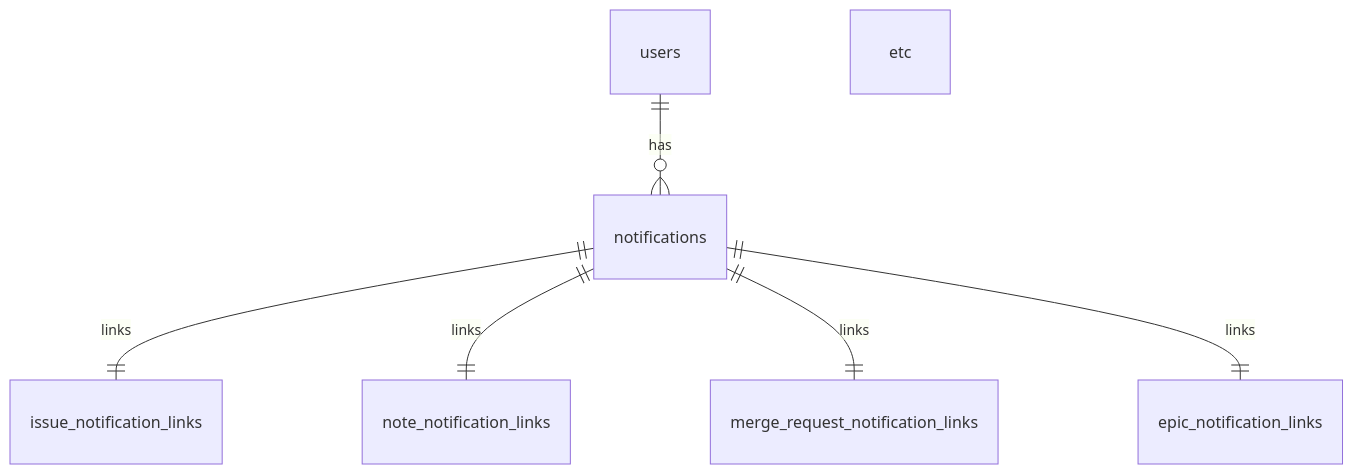
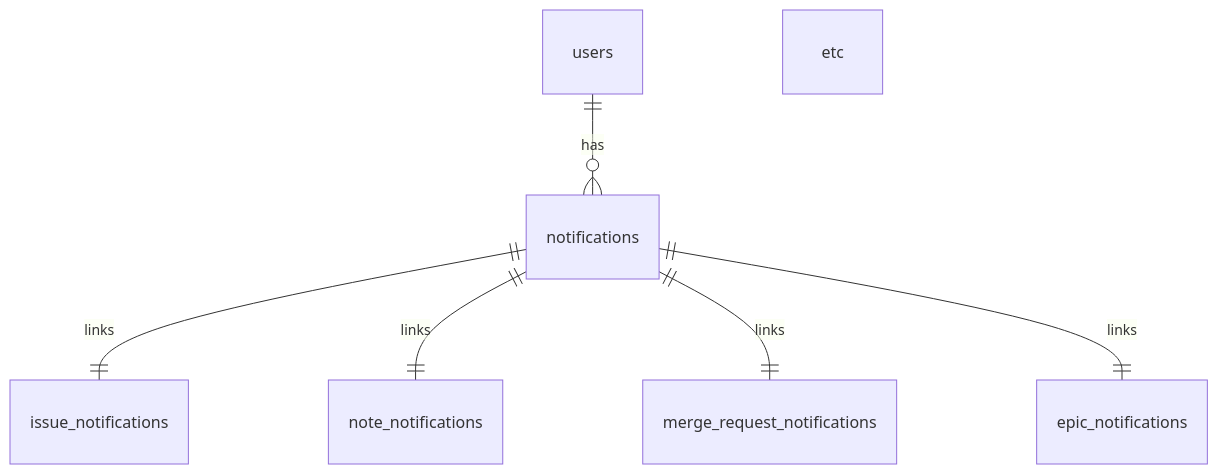
The first of 3 diagrams in content/handbook/engineering/architecture/design-documents/notifications/_index.md (zalyoung/gitlab-handbook), drawn with Mermaid before and after one commit. The commit also changed other lines of this file, not shown here.

````diff
--- a/content/handbook/engineering/architecture/design-documents/notifications/_index.md
+++ b/content/handbook/engineering/architecture/design-documents/notifications/_index.md
@@ -200,8 +200,8 @@
 ```mermaid
 erDiagram
   users ||--o{ notifications : has
-  notifications ||--|| issue_notification_links : links
-  notifications ||--|| note_notification_links : links
-  notifications ||--|| merge_request_notification_links : links
-  notifications ||--|| epic_notification_links : links etc
+  notifications ||--|| issue_notifications : links
+  notifications ||--|| note_notifications : links
+  notifications ||--|| merge_request_notifications : links
+  notifications ||--|| epic_notifications : links etc
 ```
````
